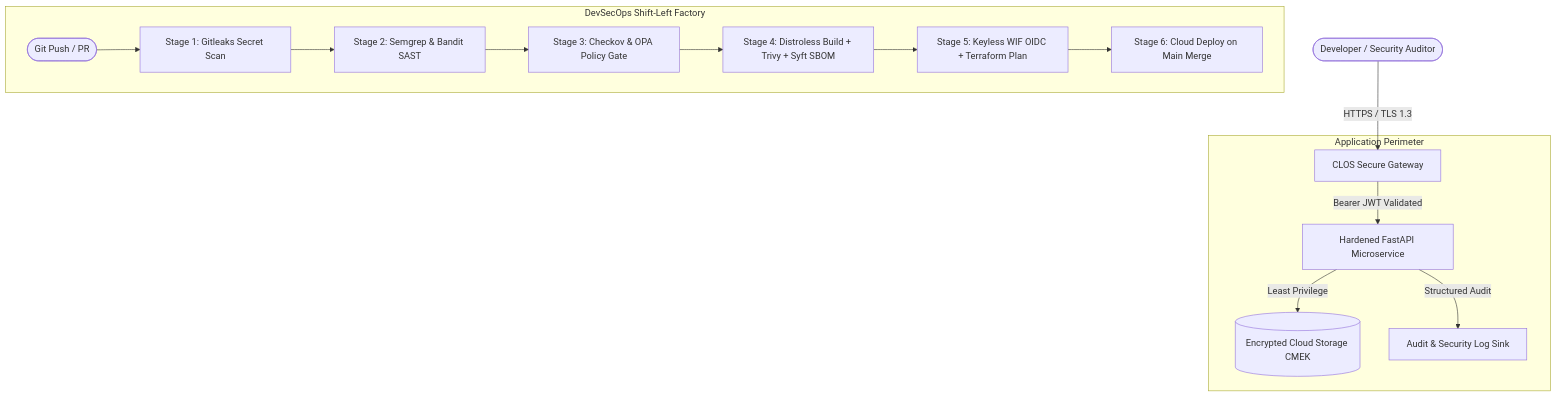
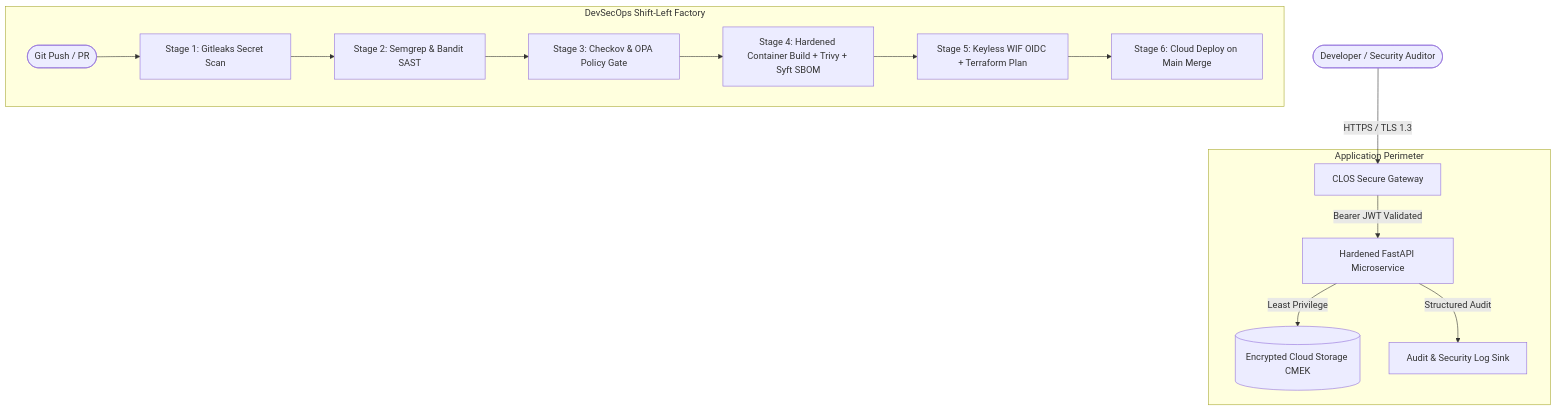
The diagram in 07_PRIMARY_PROJECT/ARCHITECTURE.md (vmanan22/ciso-mastery-framework), drawn with Mermaid before and after one commit. The commit also changed other lines of this file and 14 other files, not shown here.

````diff
--- a/07_PRIMARY_PROJECT/ARCHITECTURE.md
+++ b/07_PRIMARY_PROJECT/ARCHITECTURE.md
@@ -19,19 +19,19 @@
 ```mermaid
 graph TD
     User([Developer / Security Auditor]) -->|HTTPS / TLS 1.3| Gateway[CLOS Secure Gateway]
     
     subgraph "Application Perimeter"
         Gateway -->|Bearer JWT Validated| Microservice[Hardened FastAPI Microservice]
         Microservice -->|Least Privilege| Storage[(Encrypted Cloud Storage CMEK)]
         Microservice -->|Structured Audit| Logger[Audit & Security Log Sink]
     end
 
     subgraph "DevSecOps Shift-Left Factory"
         GitCommit([Git Push / PR]) --> Gate1[Stage 1: Gitleaks Secret Scan]
         Gate1 --> Gate2[Stage 2: Semgrep & Bandit SAST]
         Gate2 --> Gate3[Stage 3: Checkov & OPA Policy Gate]
-        Gate3 --> Gate4[Stage 4: Distroless Build + Trivy + Syft SBOM]
+        Gate3 --> Gate4[Stage 4: Hardened Container Build + Trivy + Syft SBOM]
         Gate4 --> Gate5[Stage 5: Keyless WIF OIDC + Terraform Plan]
         Gate5 --> Gate6[Stage 6: Cloud Deploy on Main Merge]
     end
 ```
````
